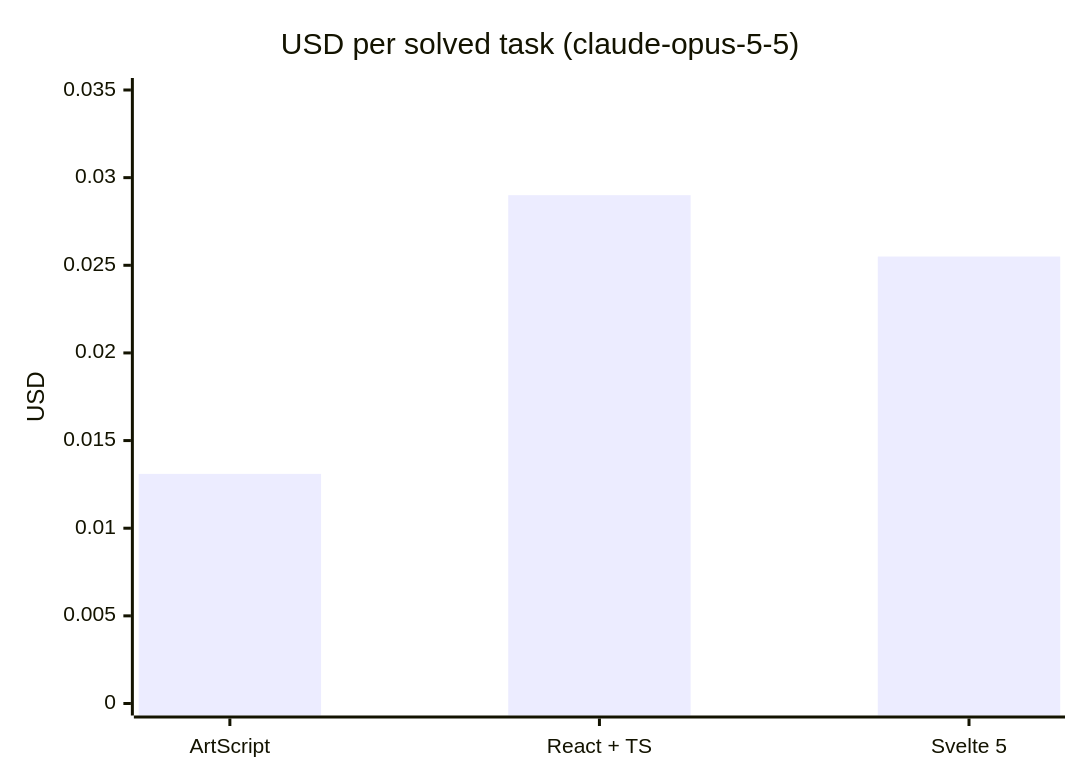
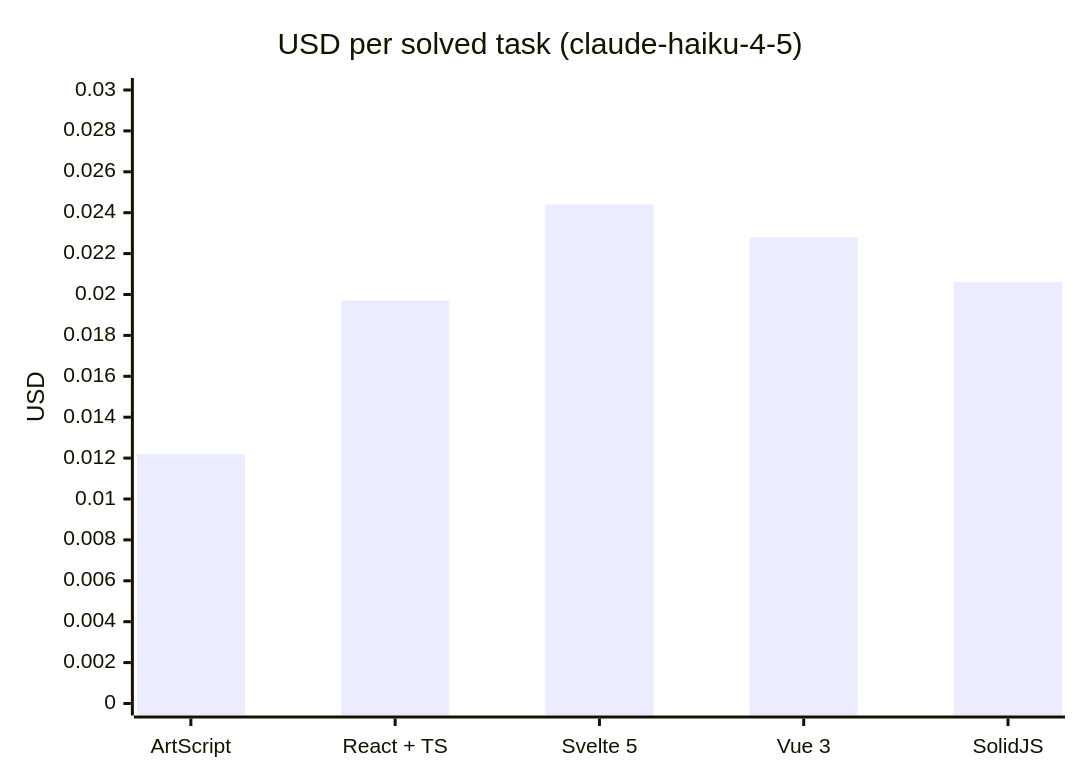
One commit to leb90/ArtScript changed the first of 3 diagrams in README.md. Above: the diagram before and after it, drawn with Mermaid. The commit also changed other lines of this file and 6 other files, not shown here.

````diff
--- a/README.md
+++ b/README.md
@@ -213,7 +223,7 @@
 ```mermaid
 xychart-beta
-    title "USD per solved task (claude-opus-5-5)"
-    x-axis ["ArtScript", "React + TS", "Svelte 5"]
-    y-axis "USD" 0 --> 0.035
-    bar [0.0131, 0.0290, 0.0255]
+    title "USD per solved task (claude-haiku-4-5)"
+    x-axis ["ArtScript", "React + TS", "Svelte 5", "Vue 3", "SolidJS"]
+    y-axis "USD" 0 --> 0.030
+    bar [0.0122, 0.0197, 0.0244, 0.0228, 0.0206]
 ```
````
